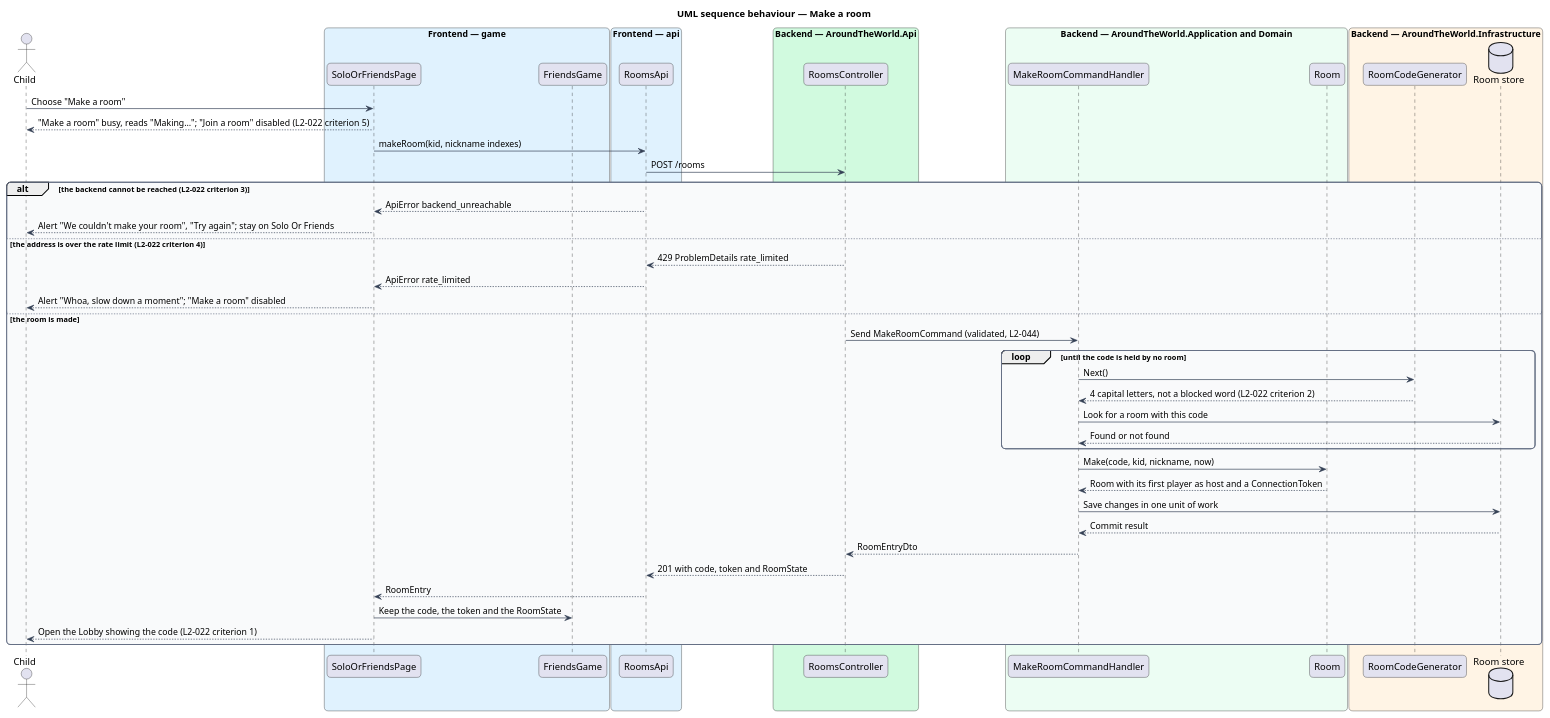
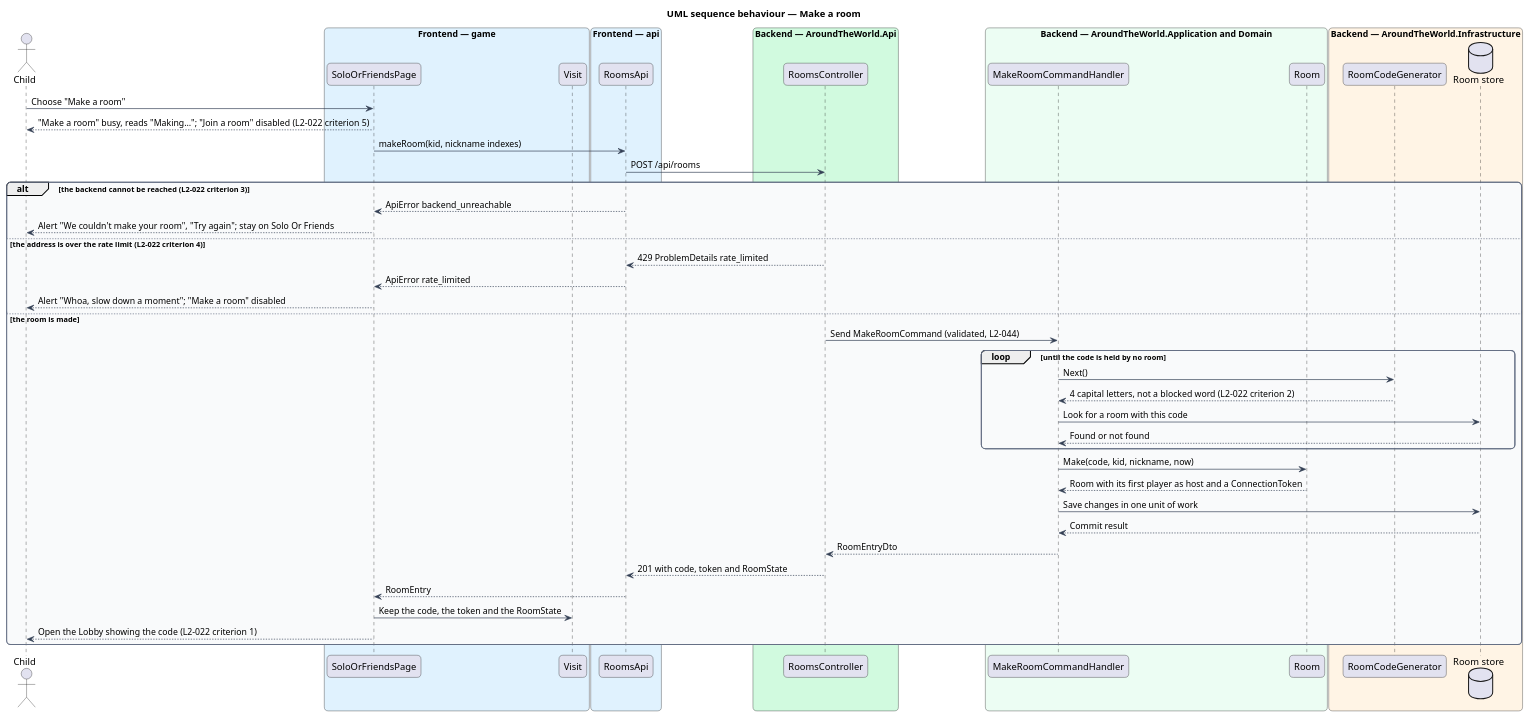
Before and after one commit to QuinntyneBrown/around-the-world: the diagram in docs/detailed-designs/rooms/make-room/diagrams/sequence-make-room.puml, drawn with PlantUML. The commit also changed 18 other files, not shown here.

```diff
--- a/docs/detailed-designs/rooms/make-room/diagrams/sequence-make-room.puml
+++ b/docs/detailed-designs/rooms/make-room/diagrams/sequence-make-room.puml
@@ -1,65 +1,65 @@
 @startuml
 title UML sequence behaviour — Make a room
 skinparam backgroundColor #FFFFFF
 skinparam shadowing false
 skinparam roundcorner 12
 skinparam defaultFontName Arial
 skinparam ArrowColor #344054
 skinparam rectangle {
   BorderColor #344054
   FontColor #101828
 }
 skinparam package {
   BorderColor #667085
   FontColor #101828
   BackgroundColor #F9FAFB
 }
 actor "Child" as actor
 box "Frontend — game" #E0F2FE
   participant "SoloOrFriendsPage" as page
-  participant "FriendsGame" as session
+  participant "Visit" as session
 end box
 box "Frontend — api" #E0F2FE
   participant "RoomsApi" as client
 end box
 box "Backend — AroundTheWorld.Api" #D1FADF
   participant "RoomsController" as controller
 end box
 box "Backend — AroundTheWorld.Application and Domain" #ECFDF3
   participant "MakeRoomCommandHandler" as handler
   participant "Room" as room
 end box
 box "Backend — AroundTheWorld.Infrastructure" #FFF4E5
   participant "RoomCodeGenerator" as codes
   database "Room store" as db
 end box
 actor -> page : Choose "Make a room"
 page --> actor : "Make a room" busy, reads "Making…"; "Join a room" disabled (L2-022 criterion 5)
 page -> client : makeRoom(kid, nickname indexes)
-client -> controller : POST /rooms
+client -> controller : POST /api/rooms
 alt the backend cannot be reached (L2-022 criterion 3)
   client --> page : ApiError backend_unreachable
   page --> actor : Alert "We couldn't make your room", "Try again"; stay on Solo Or Friends
 else the address is over the rate limit (L2-022 criterion 4)
   controller --> client : 429 ProblemDetails rate_limited
   client --> page : ApiError rate_limited
   page --> actor : Alert "Whoa, slow down a moment"; "Make a room" disabled
 else the room is made
   controller -> handler : Send MakeRoomCommand (validated, L2-044)
   loop until the code is held by no room
     handler -> codes : Next()
     codes --> handler : 4 capital letters, not a blocked word (L2-022 criterion 2)
     handler -> db : Look for a room with this code
     db --> handler : Found or not found
   end
   handler -> room : Make(code, kid, nickname, now)
   room --> handler : Room with its first player as host and a ConnectionToken
   handler -> db : Save changes in one unit of work
   db --> handler : Commit result
   handler --> controller : RoomEntryDto
   controller --> client : 201 with code, token and RoomState
   client --> page : RoomEntry
   page -> session : Keep the code, the token and the RoomState
   page --> actor : Open the Lobby showing the code (L2-022 criterion 1)
 end
 @enduml
```
